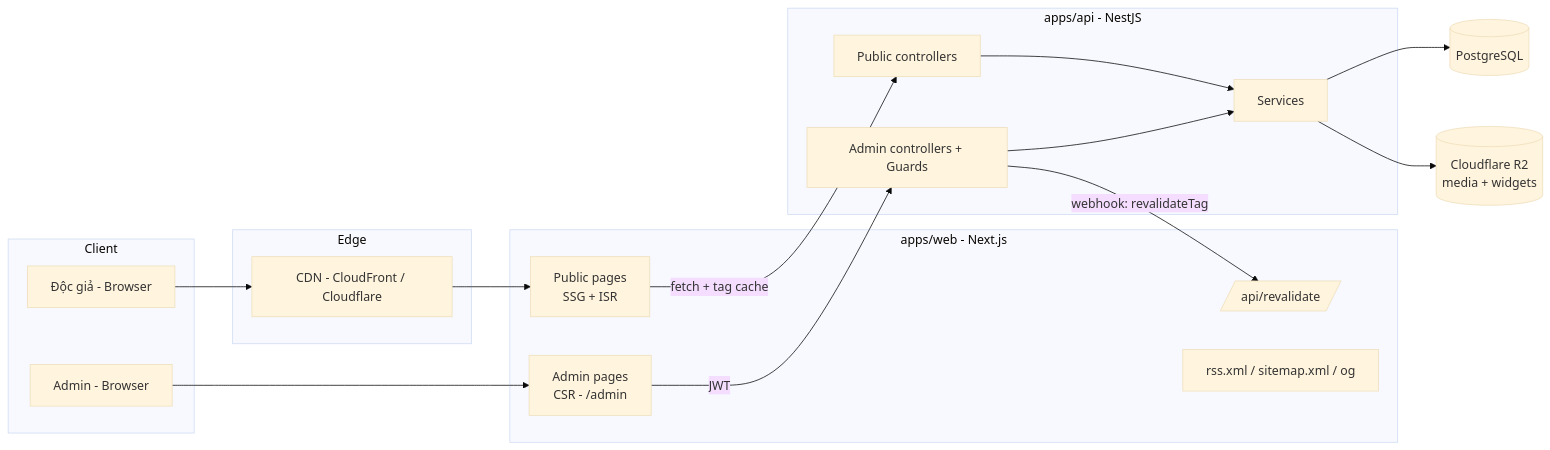
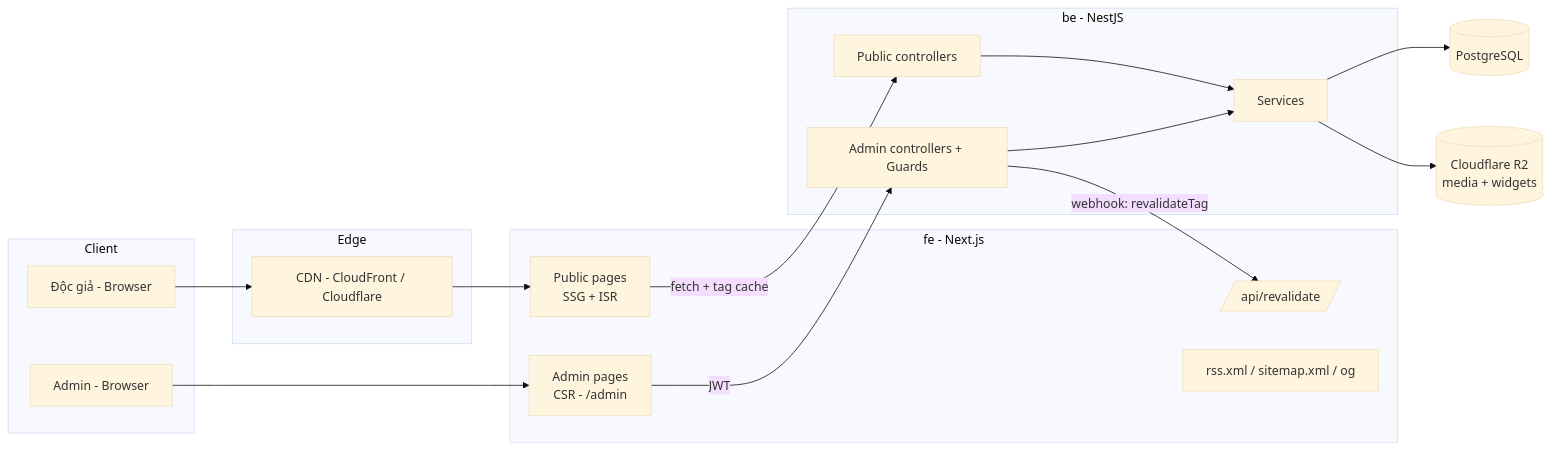
The diagram in docs/ARCHITECTURE.md (truongndnuce/SalmonLab), drawn with Mermaid (base theme) before and after one commit. The commit also changed other lines of this file and 2 other files, not shown here.

First line of the commit message:
docs: update ARCHITECTURE and README, add DEPLOY guide

````diff
--- a/docs/ARCHITECTURE.md
+++ b/docs/ARCHITECTURE.md
@@ -69,37 +71,37 @@
 ```mermaid
 flowchart LR
   subgraph Client
     U[Độc giả - Browser]
     A[Admin - Browser]
   end
 
   subgraph Edge
     CDN[CDN - CloudFront / Cloudflare]
   end
 
-  subgraph Web["apps/web - Next.js"]
+  subgraph Web["fe - Next.js"]
     PUB[Public pages<br/>SSG + ISR]
     ADM[Admin pages<br/>CSR - /admin]
     RV[/api/revalidate/]
     FEED[rss.xml / sitemap.xml / og]
   end
 
-  subgraph Api["apps/api - NestJS"]
+  subgraph Api["be - NestJS"]
     PC[Public controllers]
     AC[Admin controllers + Guards]
     SVC[Services]
   end
 
   DB[(PostgreSQL)]
   R2[(Cloudflare R2<br/>media + widgets)]
 
   U --> CDN --> PUB
   A --> ADM
   PUB -->|fetch + tag cache| PC
   ADM -->|JWT| AC
   PC --> SVC
   AC --> SVC
   SVC --> DB
   SVC --> R2
   AC -->|webhook: revalidateTag| RV
 ```
````
